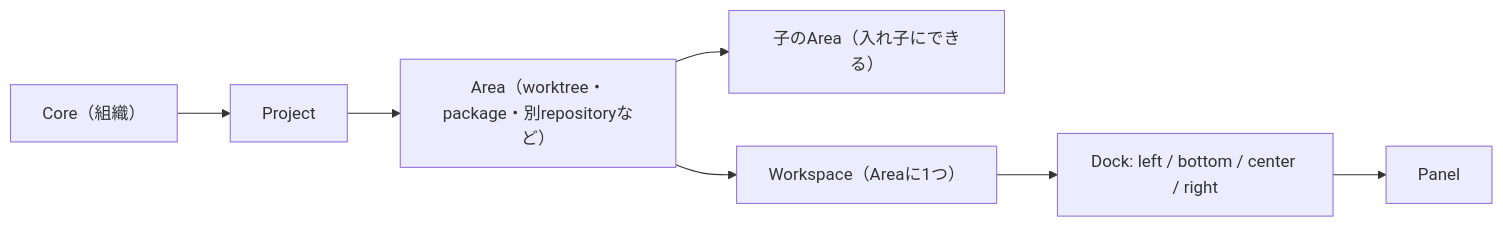
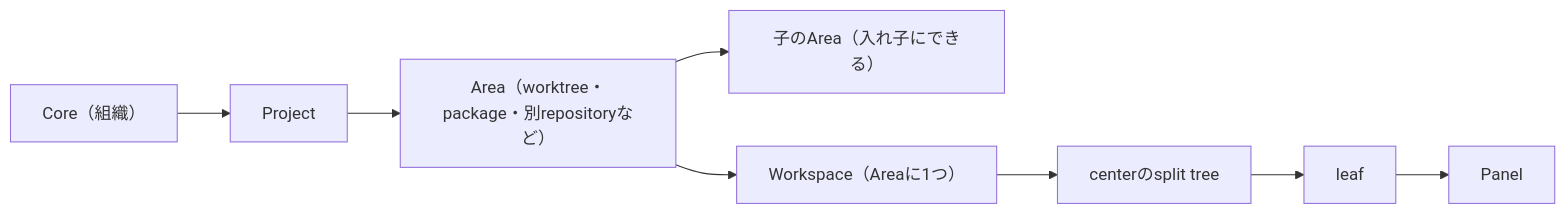
The first of 2 diagrams in docs/designs/00004-web-plugin-screen-hierarchy.md (naatin777/plugumi), drawn with Mermaid before and after one commit. The commit also changed other lines of this file and 16 other files, not shown here.

````diff
--- a/docs/designs/00004-web-plugin-screen-hierarchy.md
+++ b/docs/designs/00004-web-plugin-screen-hierarchy.md
@@ -22,9 +22,10 @@
 ```mermaid
 flowchart LR
     Core["Core（組織）"] --> Project["Project"]
     Project --> Area["Area（worktree・package・別repositoryなど）"]
     Area --> Child["子のArea（入れ子にできる）"]
     Area --> Workspace["Workspace（Areaに1つ）"]
-    Workspace --> Docks["Dock: left / bottom / center / right"]
-    Docks --> Panel["Panel"]
+    Workspace --> Center["centerのsplit tree"]
+    Center --> Leaf["leaf"]
+    Leaf --> Panel["Panel"]
 ```
````
